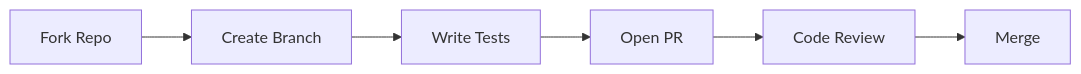
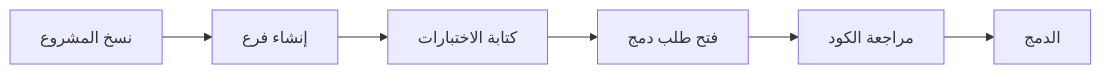
The third of 3 diagrams in README.md (blackwolf-git/blackwolf-git), drawn with Mermaid before and after one commit. The commit also changed other lines of this file, not shown here.

````diff
--- a/README.md
+++ b/README.md
@@ -144,8 +181,8 @@
 ```mermaid
 graph LR
-  A[Fork Repo] --> B[Create Branch]
-  B --> C[Write Tests]
-  C --> D[Open PR]
-  D --> E[Code Review]
-  E --> F[Merge]
+  A[نسخ المشروع] --> B[إنشاء فرع]
+  B --> C[كتابة الاختبارات]
+  C --> D[فتح طلب دمج]
+  D --> E[مراجعة الكود]
+  E --> F[الدمج]
 ```
````
